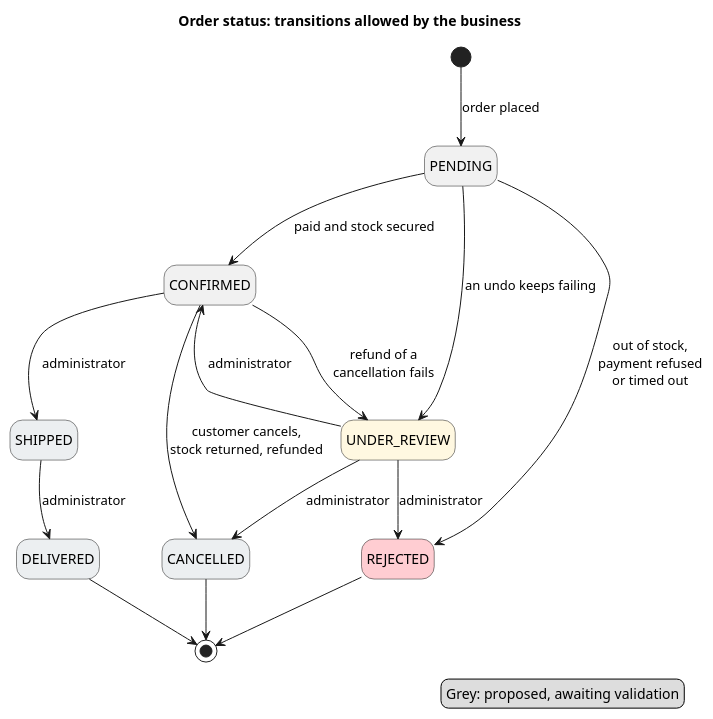
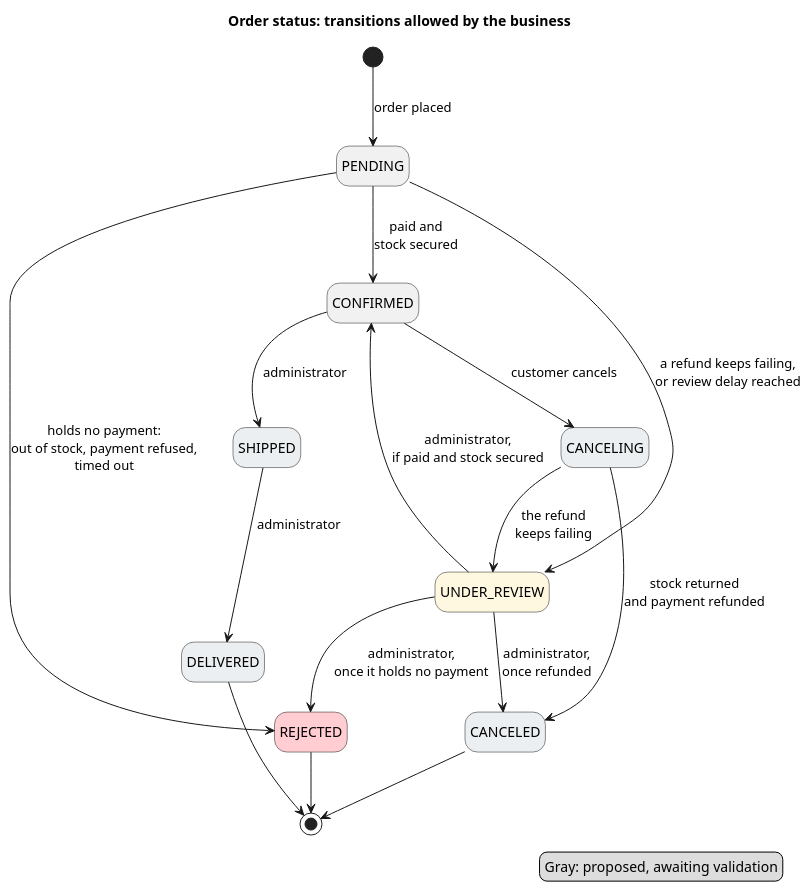
The diagram in doc/2-spec/01-business-needs/diagrams/order-status.puml (AxeloLabs/alten-commerce-platform), drawn with PlantUML before and after one commit. The commit also changed 29 other files, not shown here.

```diff
--- a/doc/2-spec/01-business-needs/diagrams/order-status.puml
+++ b/doc/2-spec/01-business-needs/diagrams/order-status.puml
@@ -1,32 +1,34 @@
 @startuml
 title Order status: transitions allowed by the business
 
 hide empty description
 
 state PENDING
 state CONFIRMED
 state REJECTED #FFCDD2
 state UNDER_REVIEW #FFF8E1
 state SHIPPED #ECEFF1
 state DELIVERED #ECEFF1
-state CANCELLED #ECEFF1
+state CANCELING #ECEFF1
+state CANCELED #ECEFF1
 
 [*] --> PENDING : order placed
-PENDING --> CONFIRMED : paid and stock secured
-PENDING --> REJECTED : out of stock,\npayment refused\nor timed out
-PENDING --> UNDER_REVIEW : an undo keeps failing
-UNDER_REVIEW --> CONFIRMED : administrator
-UNDER_REVIEW --> REJECTED : administrator
+PENDING --> CONFIRMED : paid and\nstock secured
+PENDING --> REJECTED : holds no payment:\nout of stock, payment refused,\ntimed out
+PENDING --> UNDER_REVIEW : a refund keeps failing,\nor review delay reached
+UNDER_REVIEW --> CONFIRMED : administrator,\nif paid and stock secured
+UNDER_REVIEW --> REJECTED : administrator,\nonce it holds no payment
 CONFIRMED --> SHIPPED : administrator
 SHIPPED --> DELIVERED : administrator
-CONFIRMED --> CANCELLED : customer cancels,\nstock returned, refunded
-CONFIRMED --> UNDER_REVIEW : refund of a\ncancellation fails
-UNDER_REVIEW --> CANCELLED : administrator
+CONFIRMED --> CANCELING : customer cancels
+CANCELING --> CANCELED : stock returned\nand payment refunded
+CANCELING --> UNDER_REVIEW : the refund\nkeeps failing
+UNDER_REVIEW --> CANCELED : administrator,\nonce refunded
 REJECTED --> [*]
 DELIVERED --> [*]
-CANCELLED --> [*]
+CANCELED --> [*]
 
 legend right
-  Grey: proposed, awaiting validation
+  Gray: proposed, awaiting validation
 endlegend
 @enduml
```
